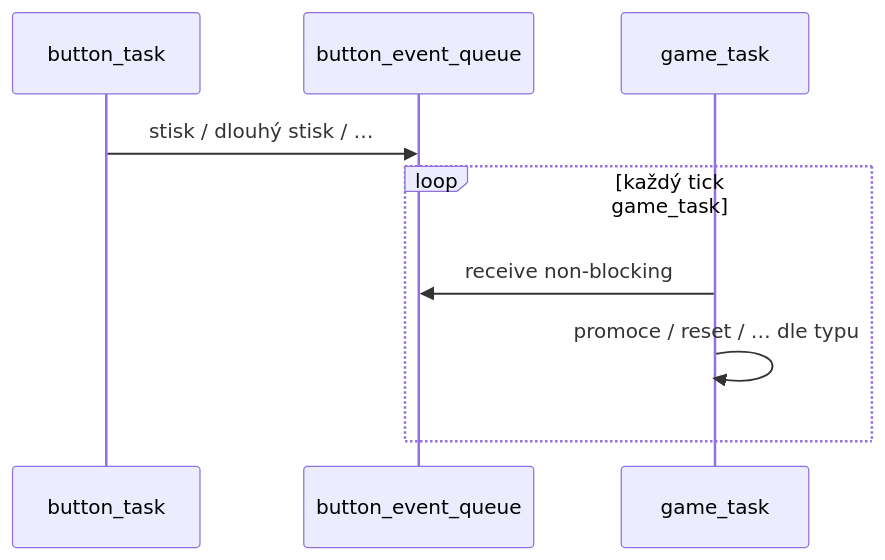
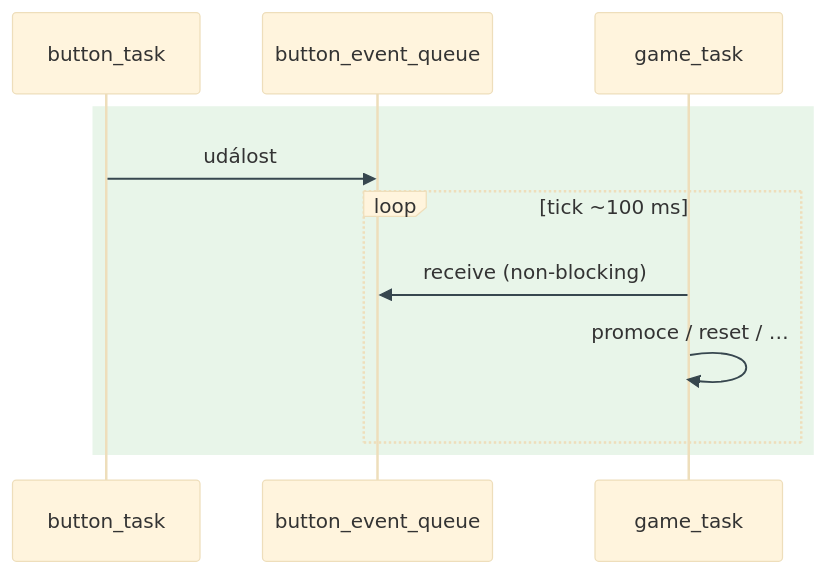
One commit to AlfredKrutina/chess_esp32_c6_devkit changed the fourth of 6 diagrams in docs/diagrams/README.md. Above: the diagram before and after it, drawn with Mermaid. The commit also changed other lines of this file and 29 other files, not shown here.

First line of the commit message:
docs: barevné Mermaid SVG, LED + Flutter vrstvy, lokální backlog

````diff
--- a/docs/diagrams/README.md
+++ b/docs/diagrams/README.md
@@ -95,11 +145,14 @@
 ```mermaid
+%%{init: {'theme':'base', 'themeVariables': {'signalColor':'#37474f'}}}%%
 sequenceDiagram
-  participant BT as button_task
-  participant BQ as button_event_queue
-  participant GT as game_task
-  BT->>BQ: stisk / dlouhý stisk / …
-  loop každý tick game_task
-    GT->>BQ: receive non-blocking
-    GT->>GT: promoce / reset / … dle typu
+  rect rgb(232, 245, 233)
+    participant BT as button_task
+    participant BQ as button_event_queue
+    participant GT as game_task
+    BT->>BQ: událost
+    loop tick ~100 ms
+      GT->>BQ: receive (non-blocking)
+      GT->>GT: promoce / reset / …
+    end
   end
 ```
````
